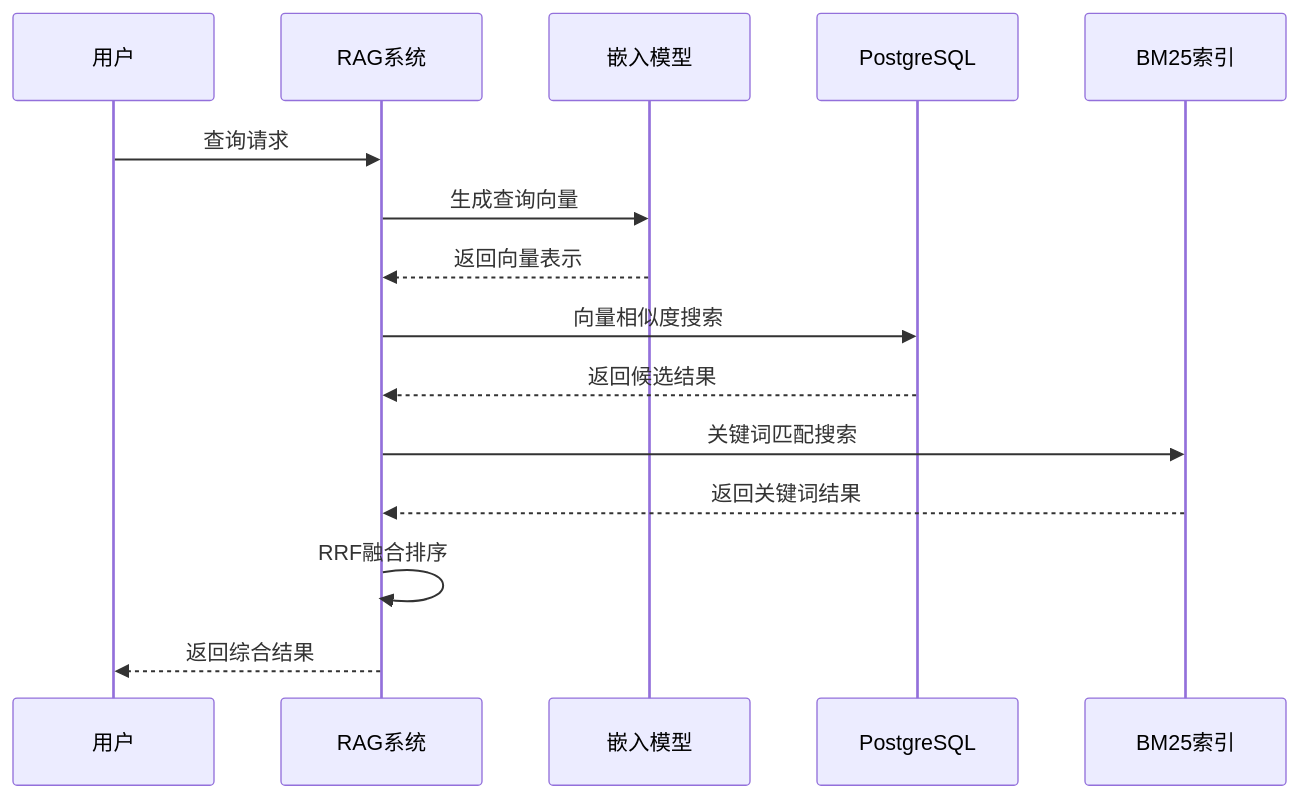
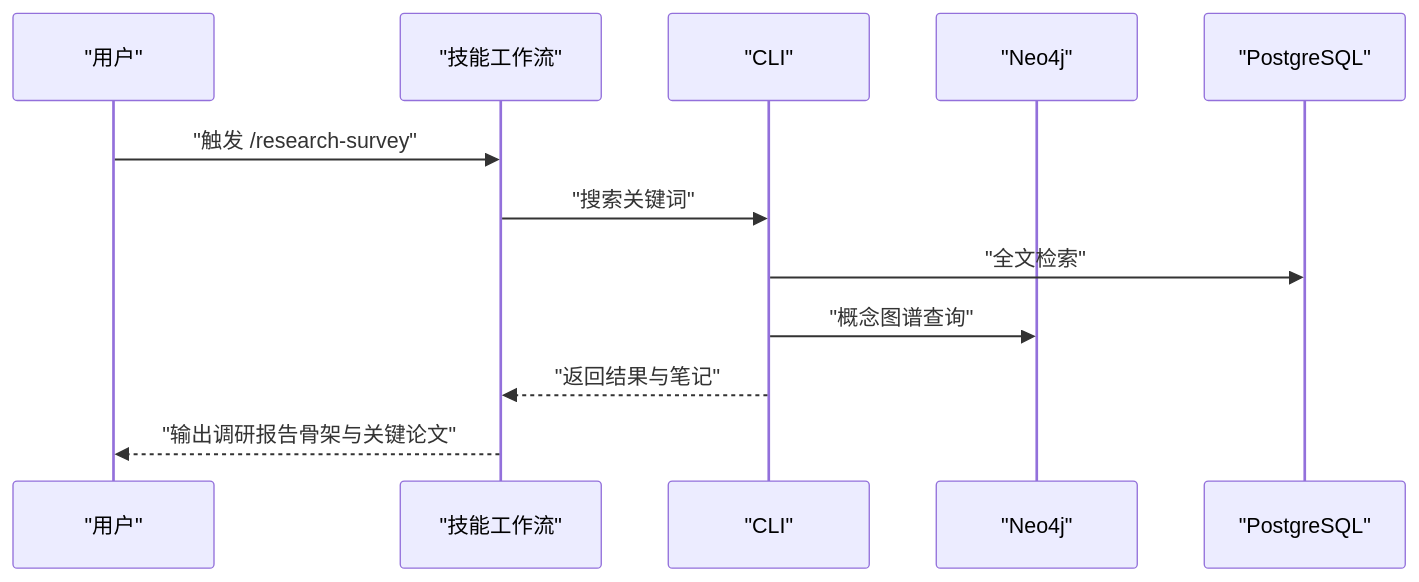
One commit to 1173591564/academic-based-qoder changed the sixth of 7 diagrams in .qoder/repowiki/zh/content/项目概述/项目概述.md. Above: the diagram before and after it, drawn with Mermaid. The commit also changed other lines of this file and 221 other files, not shown here.

````diff
--- a/.qoder/repowiki/zh/content/项目概述/项目概述.md
+++ b/.qoder/repowiki/zh/content/项目概述/项目概述.md
@@ -167,17 +319,14 @@
 ```mermaid
 sequenceDiagram
-participant User as 用户
-participant RAG as RAG系统
-participant Embed as 嵌入模型
-participant PG as PostgreSQL
-participant BM25 as BM25索引
-User->>RAG : 查询请求
-RAG->>Embed : 生成查询向量
-Embed-->>RAG : 返回向量表示
-RAG->>PG : 向量相似度搜索
-PG-->>RAG : 返回候选结果
-RAG->>BM25 : 关键词匹配搜索
-BM25-->>RAG : 返回关键词结果
-RAG->>RAG : RRF融合排序
-RAG-->>User : 返回综合结果
+participant User as "用户"
+participant Skill as "技能工作流"
+participant CLI as "CLI"
+participant GDB as "Neo4j"
+participant DB as "PostgreSQL"
+User->>Skill : "触发 /research-survey"
+Skill->>CLI : "搜索关键词"
+CLI->>DB : "全文检索"
+CLI->>GDB : "概念图谱查询"
+CLI-->>Skill : "返回结果与笔记"
+Skill-->>User : "输出调研报告骨架与关键论文"
 ```
````
